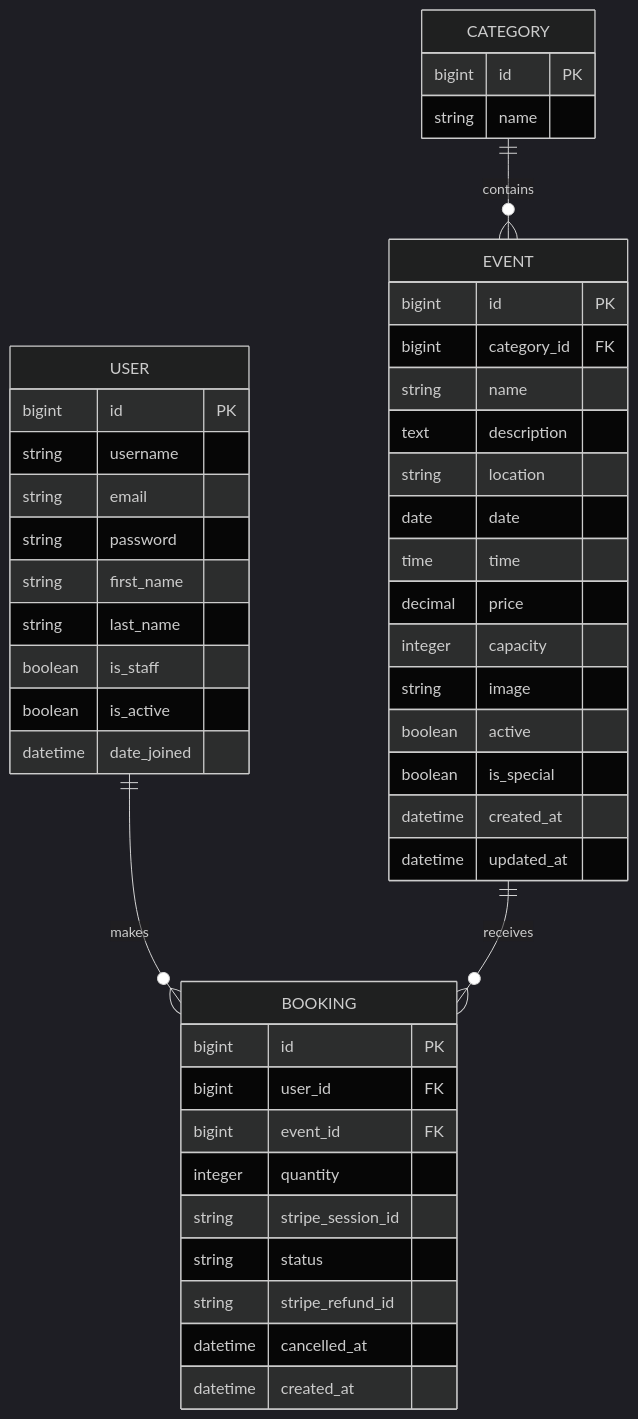
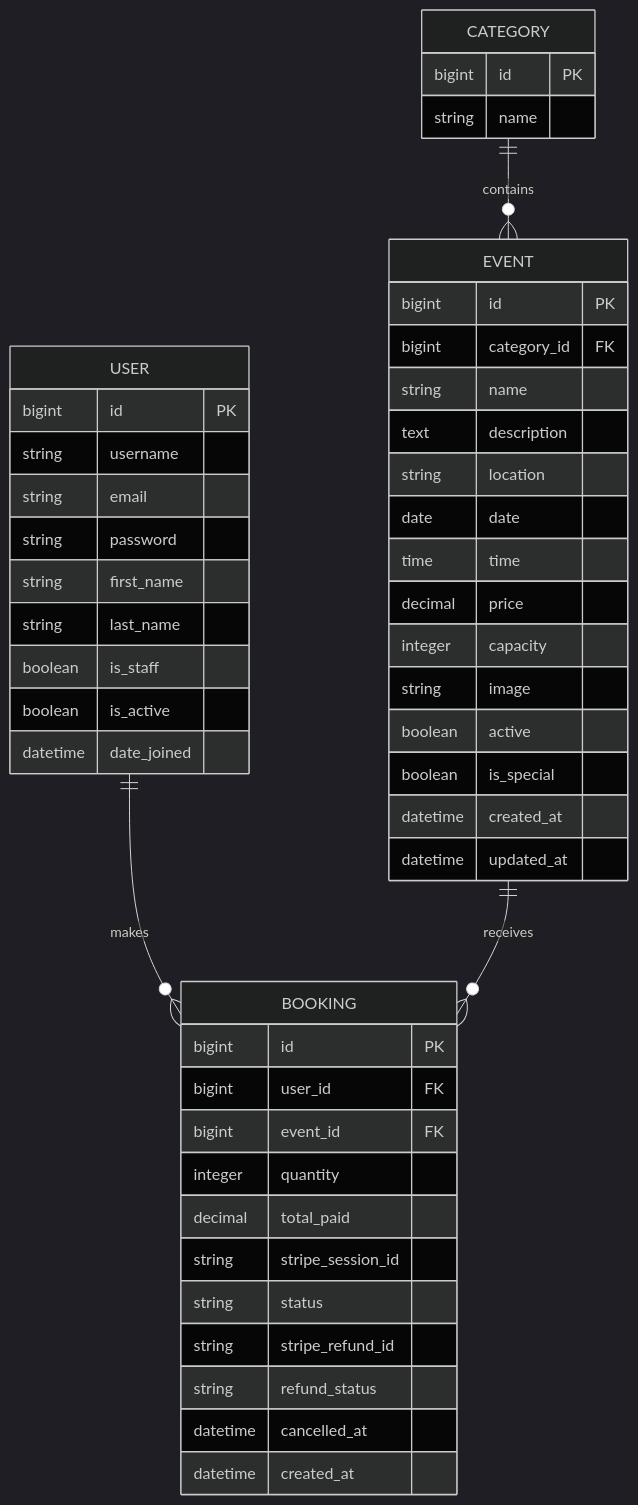
The diagram in README.md (MSR-Projects7274/event-horizon), drawn with Mermaid (dark theme) before and after one commit. The commit also changed other lines of this file, not shown here.

````diff
--- a/README.md
+++ b/README.md
@@ -664,52 +667,54 @@
 ```mermaid
 erDiagram
     USER ||--o{ BOOKING : makes
     CATEGORY ||--o{ EVENT : contains
     EVENT ||--o{ BOOKING : receives
 
     USER {
         bigint id PK
         string username
         string email
         string password
         string first_name
         string last_name
         boolean is_staff
         boolean is_active
         datetime date_joined
     }
 
     CATEGORY {
         bigint id PK
         string name
     }
 
     EVENT {
         bigint id PK
         bigint category_id FK
         string name
         text description
         string location
         date date
         time time
         decimal price
         integer capacity
         string image
         boolean active
         boolean is_special
         datetime created_at
         datetime updated_at
     }
 
     BOOKING {
         bigint id PK
         bigint user_id FK
         bigint event_id FK
         integer quantity
+        decimal total_paid
         string stripe_session_id
         string status
         string stripe_refund_id
+        string refund_status
         datetime cancelled_at
         datetime created_at
     }
 ```
````
